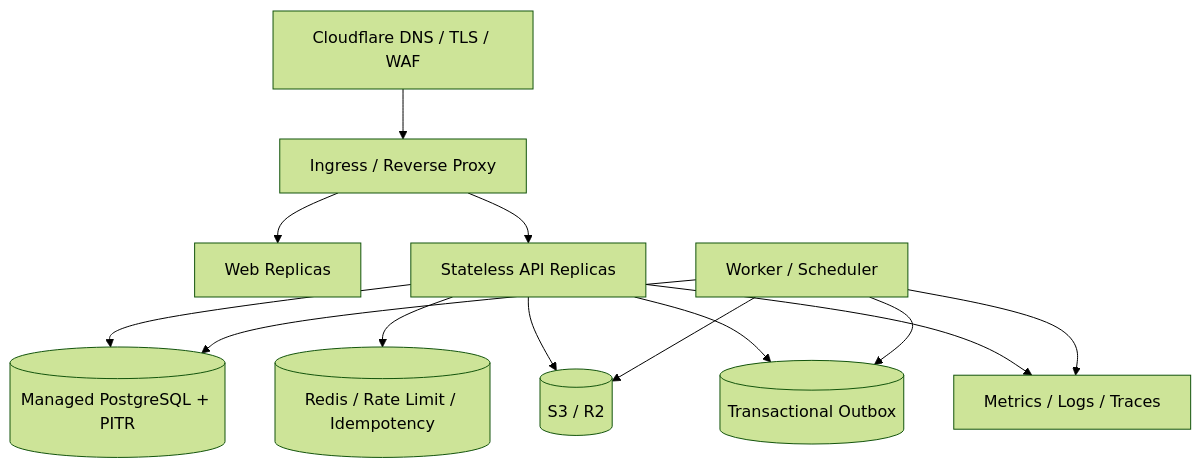
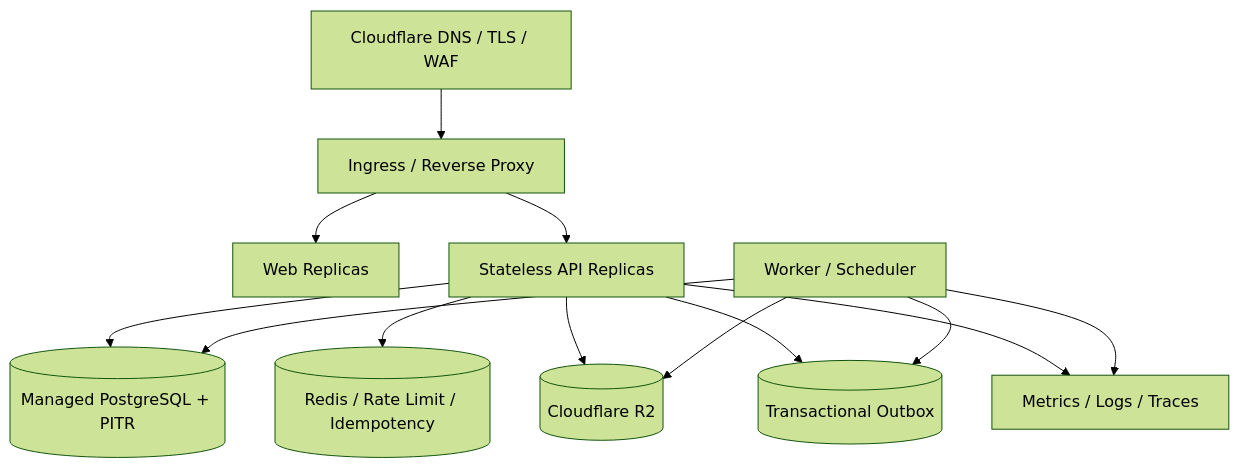
One commit to passwii/digitalProjectManagement changed the seventh of 7 diagrams in README.md. Above: the diagram before and after it, drawn with Mermaid (forest theme). The commit also changed other lines of this file, not shown here.

````diff
--- a/README.md
+++ b/README.md
@@ -451,15 +447,15 @@
 ```mermaid
 flowchart TB
     EDGE["Cloudflare DNS / TLS / WAF"] --> ING["Ingress / Reverse Proxy"]
     ING --> WEB["Web Replicas"]
     ING --> API["Stateless API Replicas"]
     API --> PG[("Managed PostgreSQL + PITR")]
     API --> CACHE[("Redis / Rate Limit / Idempotency")]
-    API --> OBJ[("S3 / R2")]
+    API --> OBJ[("Cloudflare R2")]
     API --> OUTBOX[("Transactional Outbox")]
     WORKER["Worker / Scheduler"] --> OUTBOX
     WORKER --> PG
     WORKER --> OBJ
     API --> OBS["Metrics / Logs / Traces"]
     WORKER --> OBS
 ```
````
